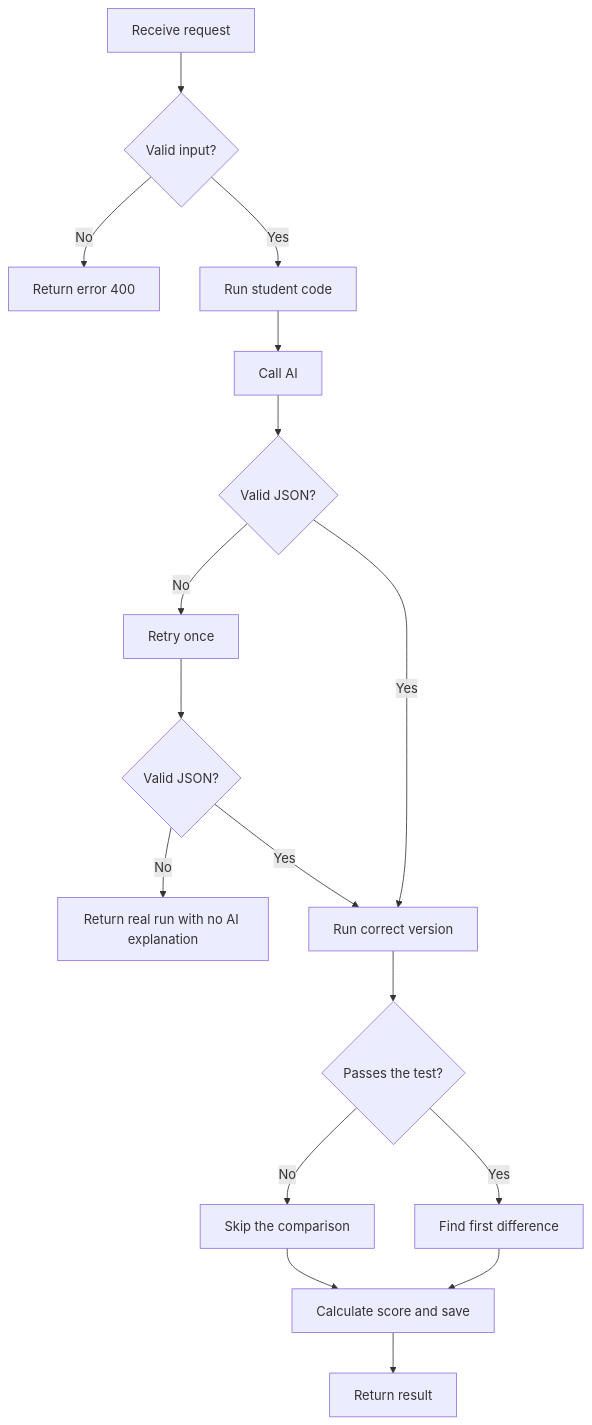
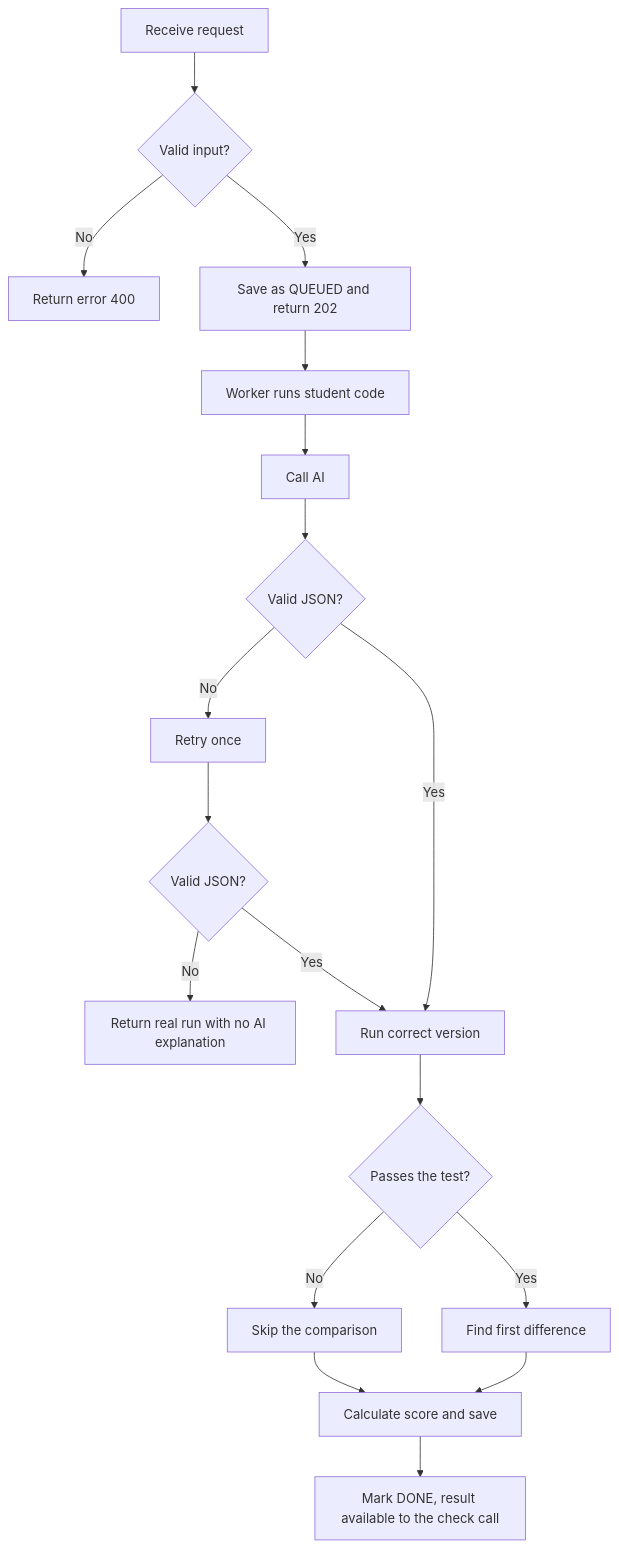
The third of 3 diagrams in docs/architecture.md (Anujpal-15th/ai-code-review-platform), drawn with Mermaid before and after one commit. The commit also changed other lines of this file and 4 other files, not shown here.

Commit message:
docs: update status, flow, limits and run variables

````diff
--- a/docs/architecture.md
+++ b/docs/architecture.md
@@ -63,19 +76,20 @@
 ```mermaid
 flowchart TD
     A[Receive request] --> B{Valid input?}
     B -- No --> C[Return error 400]
-    B -- Yes --> D[Run student code]
+    B -- Yes --> Q[Save as QUEUED and return 202]
+    Q --> D[Worker runs student code]
     D --> E[Call AI]
     E --> F{Valid JSON?}
     F -- No --> G[Retry once]
     G --> H{Valid JSON?}
     H -- No --> I[Return real run with no AI explanation]
     H -- Yes --> J[Run correct version]
     F -- Yes --> J
     J --> K{Passes the test?}
     K -- No --> L[Skip the comparison]
     K -- Yes --> M[Find first difference]
     L --> N[Calculate score and save]
     M --> N
-    N --> O[Return result]
+    N --> O[Mark DONE, result available to the check call]
 ```
````
